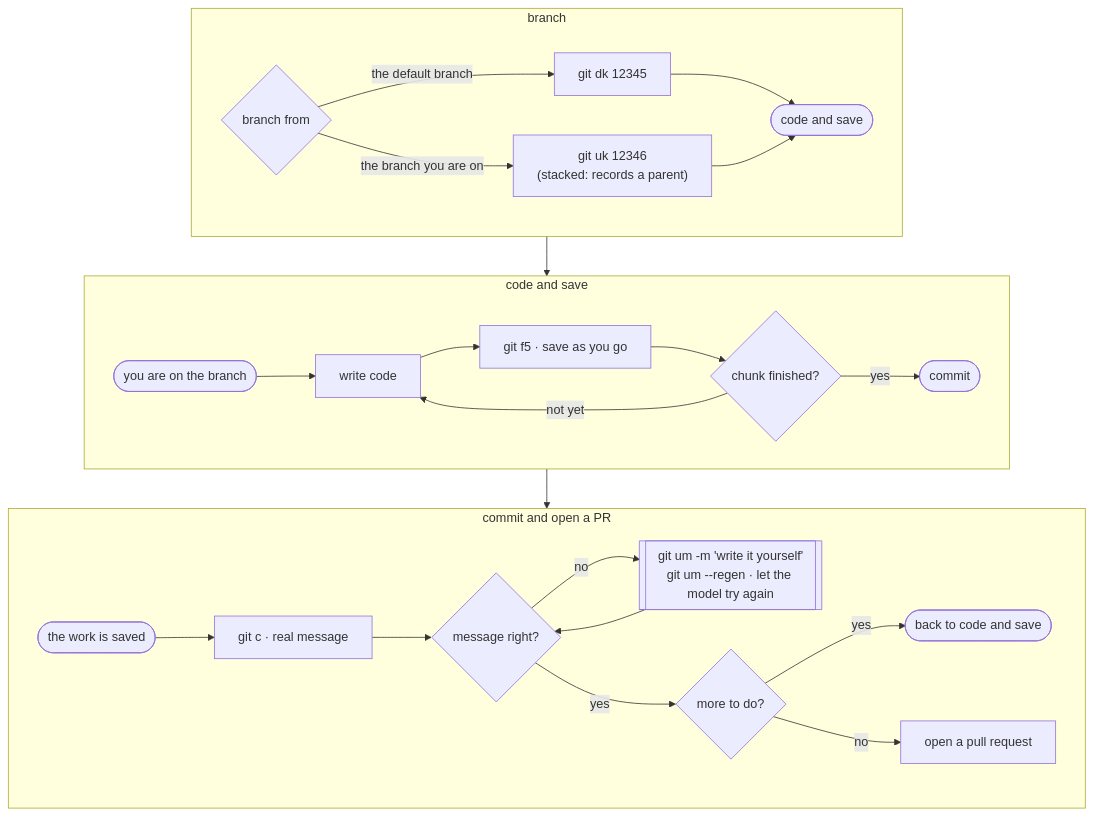
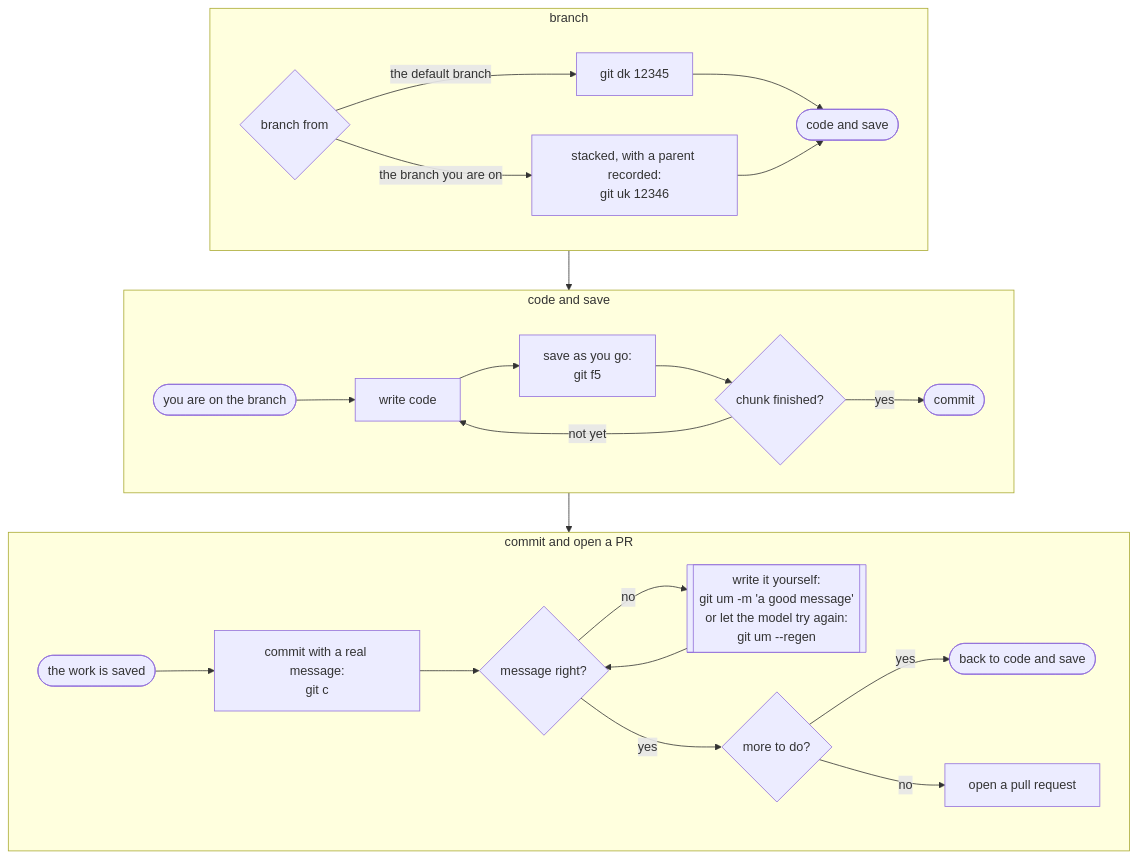
Before and after one commit to adrian-enspired/gitconfig: the diagram in docs/working-on-a-ticket.md, drawn with Mermaid. The commit also changed other lines of this file and 3 other files, not shown here.

````diff
--- a/docs/working-on-a-ticket.md
+++ b/docs/working-on-a-ticket.md
@@ -6,30 +6,30 @@
 ```mermaid
 flowchart TD
     subgraph one ["branch"]
         direction LR
         A{branch from} -- the default branch --> B["git dk 12345"]
-        A -- the branch you are on --> C["git uk 12346<br/>(stacked: records a parent)"]
+        A -- the branch you are on --> C["stacked, with a parent recorded:<br/>git uk 12346"]
         B --> D(["code and save"])
         C --> D
     end
     subgraph two ["code and save"]
         direction LR
         E(["you are on the branch"]) --> F[write code]
-        F --> G["git f5 · save as you go"]
+        F --> G["save as you go:<br/>git f5"]
         G --> H{chunk finished?}
         H -- not yet --> F
         H -- yes --> I(["commit"])
     end
     subgraph three ["commit and open a PR"]
         direction LR
-        J(["the work is saved"]) --> K["git c · real message"]
+        J(["the work is saved"]) --> K["commit with a real message:<br/>git c"]
         K --> L{message right?}
-        L -- no --> M[["git um -m 'write it yourself'<br/>git um --regen · let the model try again"]]
+        L -- no --> M[["write it yourself:<br/>git um -m 'a good message'<br/>or let the model try again:<br/>git um --regen"]]
         M --> L
         L -- yes --> N{more to do?}
         N -- yes --> O(["back to code and save"])
         N -- no --> P[open a pull request]
     end
     one --> two
     two --> three
 ```
````
